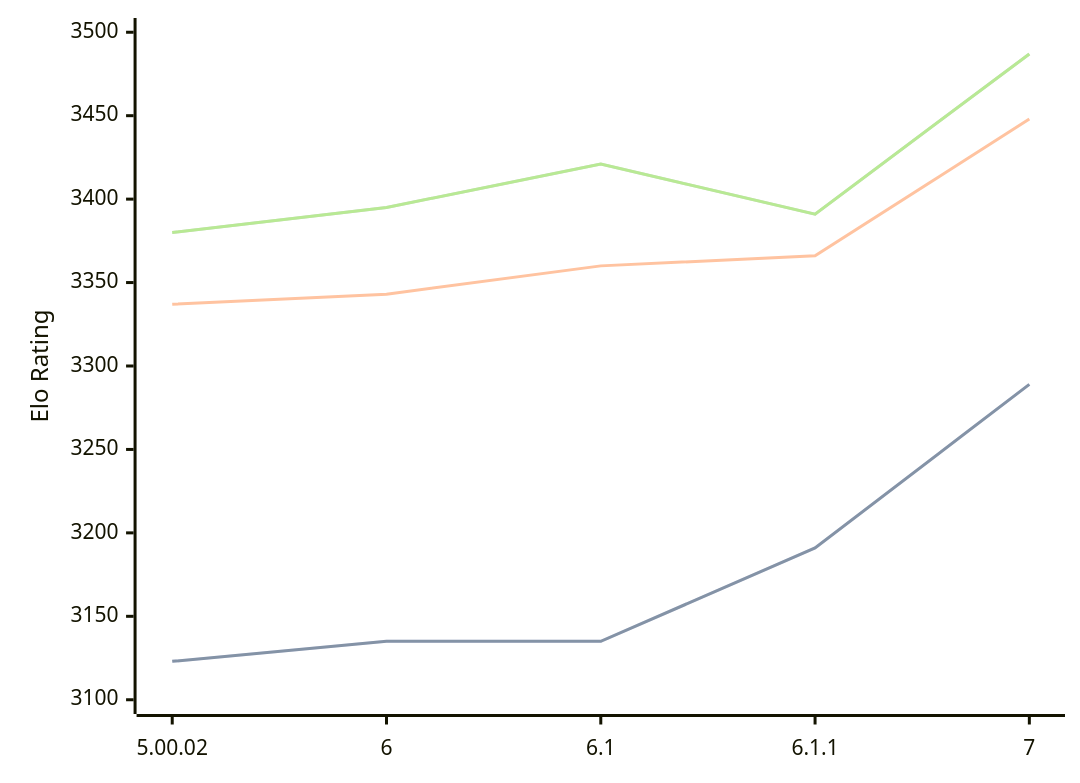
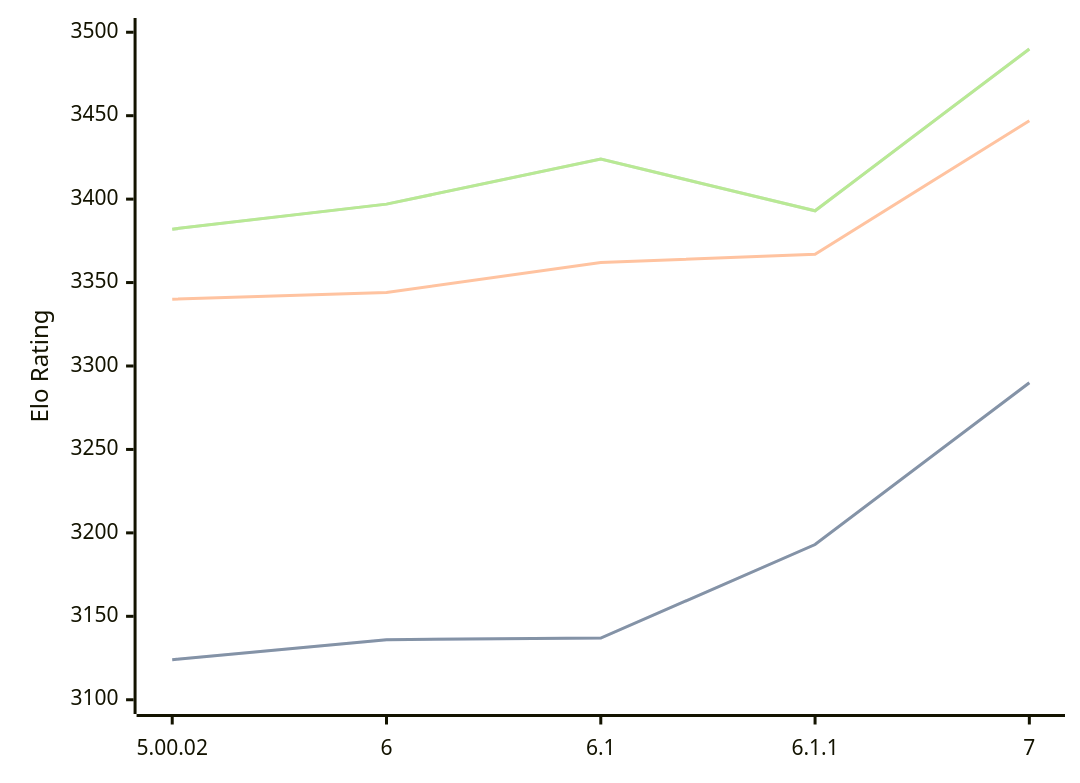
One commit to computer-chess-index/cci changed the diagram in engines/Zangdar.md. Above: the diagram before and after it, drawn with Mermaid. The commit also changed other lines of this file, not shown here.

Commit message:
Update CCI Ratings (ELO VLTC) - 2026-08-09

````diff
--- a/engines/Zangdar.md
+++ b/engines/Zangdar.md
@@ -35,11 +35,11 @@
 ```mermaid
 %%{init: {"theme":"base","themeVariables":{"seriesColors:['#a3a3a3','#222221','#faa371']}}}%%
 xychart-beta
   x-axis ["5.00.02", "6", "6.1", "6.1.1", "7"]
   y-axis "Elo Rating" 3100 --> 3500
-  line "STC (8.0+0.08s)" [3123, 3135, 3135, 3191, 3289]
-  line "STC (8.0+0.08s)" [3123, 3135, 3135, 3191, 3289]
-  line "LTC (60.0+0.60s)" [3337, 3343, 3360, 3366, 3448]
-  line "VLTC (2m24s+1.12s)" [3380, 3395, 3421, 3391, 3487]
-  line "VLTC (2m24s+1.12s)" [3380, 3395, 3421, 3391, 3487]
+  line "STC (8.0+0.08s)" [3124, 3136, 3137, 3193, 3290]
+  line "STC (8.0+0.08s)" [3124, 3136, 3137, 3193, 3290]
+  line "LTC (60.0+0.60s)" [3340, 3344, 3362, 3367, 3447]
+  line "VLTC (2m24s+1.12s)" [3382, 3397, 3424, 3393, 3490]
+  line "VLTC (2m24s+1.12s)" [3382, 3397, 3424, 3393, 3490]
 ```
````
